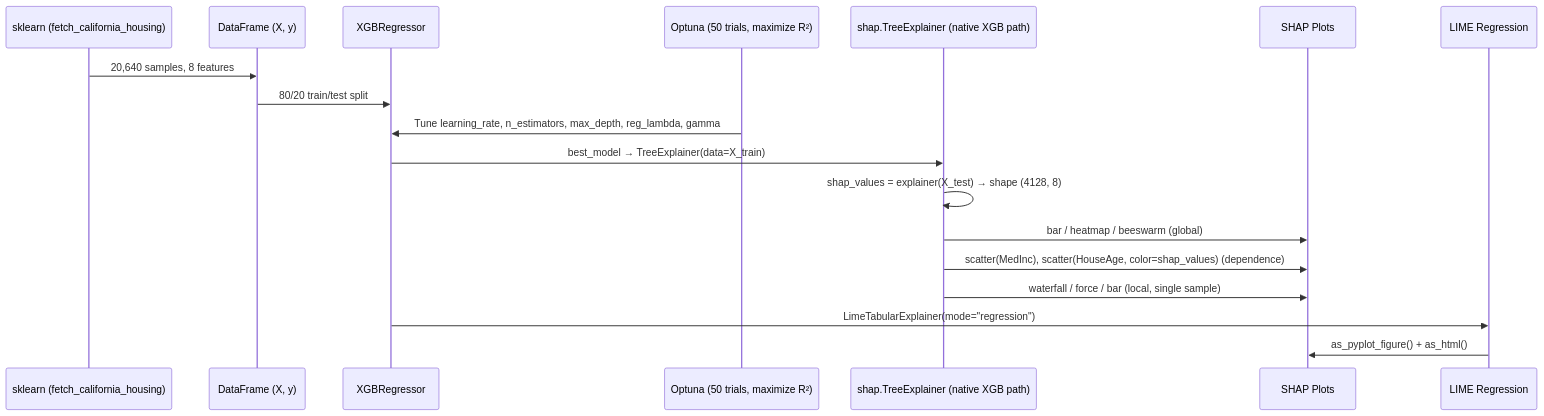
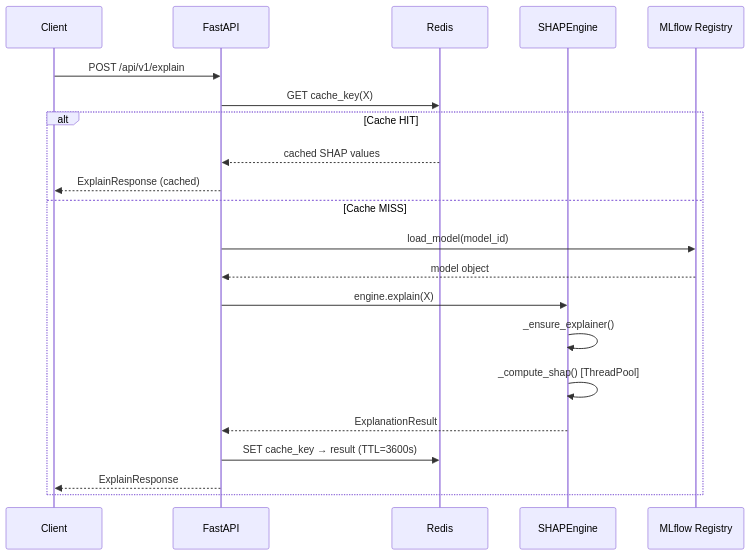
Before and after one commit to wittyswayam/Explainable-AI-Demos-with-SHAP: the eighth of 13 diagrams in README.md, drawn with Mermaid. The commit also changed other lines of this file and 77 other files, not shown here.

````diff
--- a/README.md
+++ b/README.md
@@ -344,21 +604,24 @@
 ```mermaid
 sequenceDiagram
-    participant S as sklearn (fetch_california_housing)
-    participant D as DataFrame (X, y)
-    participant M as XGBRegressor
-    participant O as Optuna (50 trials, maximize R²)
-    participant TE as shap.TreeExplainer (native XGB path)
-    participant P as SHAP Plots
-    participant L as LIME Regression
+    participant Client
+    participant API as FastAPI
+    participant Cache as Redis
+    participant Engine as SHAPEngine
+    participant Registry as MLflow Registry
 
-    S->>D: 20,640 samples, 8 features
-    D->>M: 80/20 train/test split
-    O->>M: Tune learning_rate, n_estimators, max_depth, reg_lambda, gamma
-    M->>TE: best_model → TreeExplainer(data=X_train)
-    TE->>TE: shap_values = explainer(X_test) → shape (4128, 8)
-    TE->>P: bar / heatmap / beeswarm (global)
-    TE->>P: scatter(MedInc), scatter(HouseAge, color=shap_values) (dependence)
-    TE->>P: waterfall / force / bar (local, single sample)
-    M->>L: LimeTabularExplainer(mode="regression")
-    L->>P: as_pyplot_figure() + as_html()
+    Client->>API: POST /api/v1/explain
+    API->>Cache: GET cache_key(X)
+    alt Cache HIT
+        Cache-->>API: cached SHAP values
+        API-->>Client: ExplainResponse (cached)
+    else Cache MISS
+        API->>Registry: load_model(model_id)
+        Registry-->>API: model object
+        API->>Engine: engine.explain(X)
+        Engine->>Engine: _ensure_explainer()
+        Engine->>Engine: _compute_shap() [ThreadPool]
+        Engine-->>API: ExplanationResult
+        API->>Cache: SET cache_key → result (TTL=3600s)
+        API-->>Client: ExplainResponse
+    end
 ```
````
